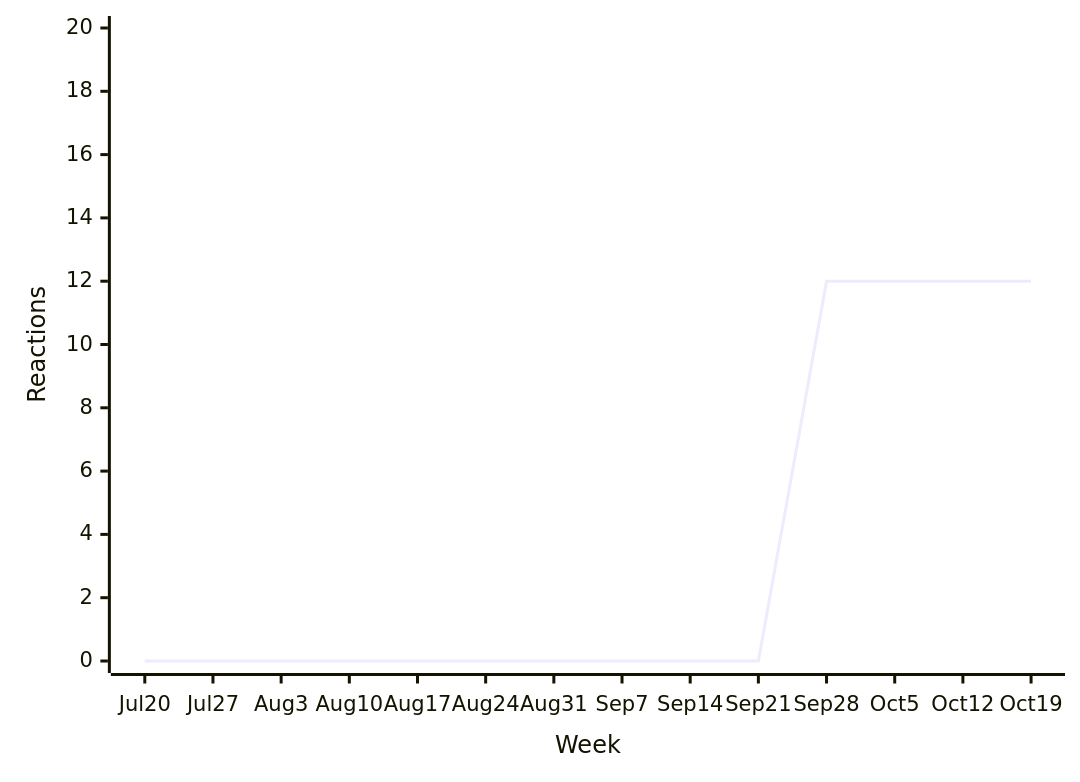
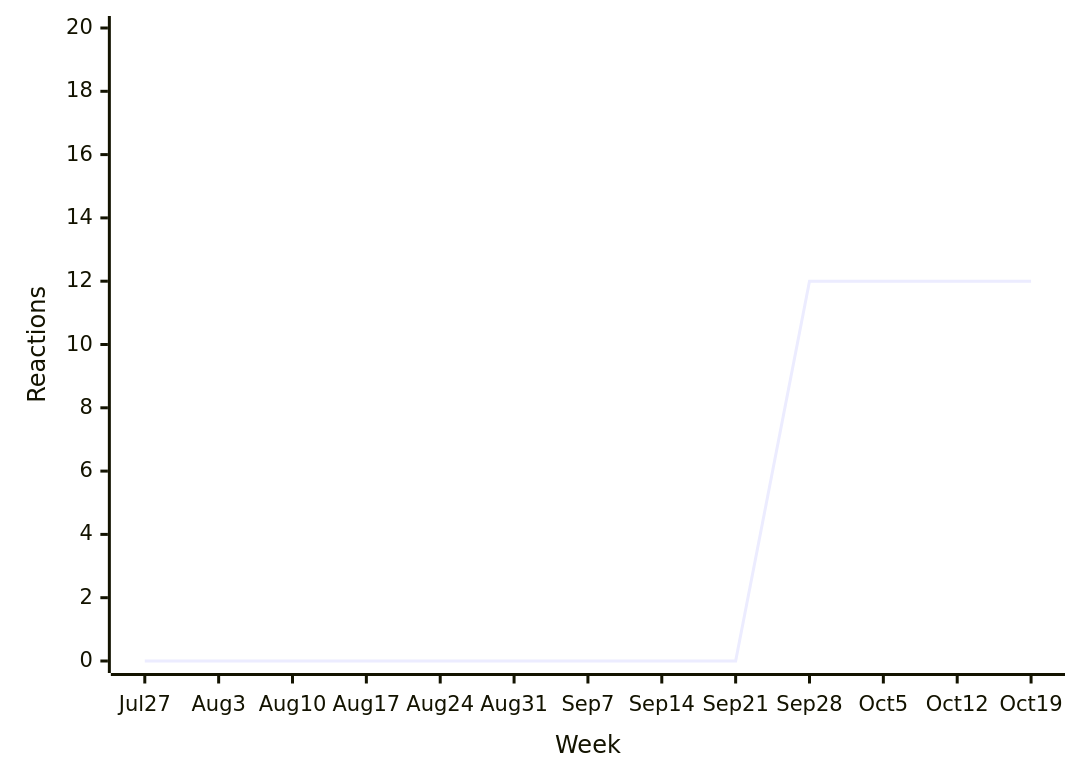
Diagram 15 of 39 in README.md (loic-sharma/github-insights), drawn with Mermaid before and after one commit. The commit also changed other lines of this file and 3 other files, not shown here.

````diff
--- a/README.md
+++ b/README.md
@@ -579,6 +562,6 @@
   ```mermaid
   xychart-beta
-    x-axis "Week" [Jul 20, Jul 27, Aug 3, Aug 10, Aug 17, Aug 24, Aug 31, Sep 7, Sep 14, Sep 21, Sep 28, Oct 5, Oct 12, Oct 19]
+    x-axis "Week" [Jul 27, Aug 3, Aug 10, Aug 17, Aug 24, Aug 31, Sep 7, Sep 14, Sep 21, Sep 28, Oct 5, Oct 12, Oct 19]
     y-axis "Reactions" 0 --> 20
-    line [0, 0, 0, 0, 0, 0, 0, 0, 0, 0, 12, 12, 12, 12]
+    line [0, 0, 0, 0, 0, 0, 0, 0, 0, 12, 12, 12, 12]
   ```
````
